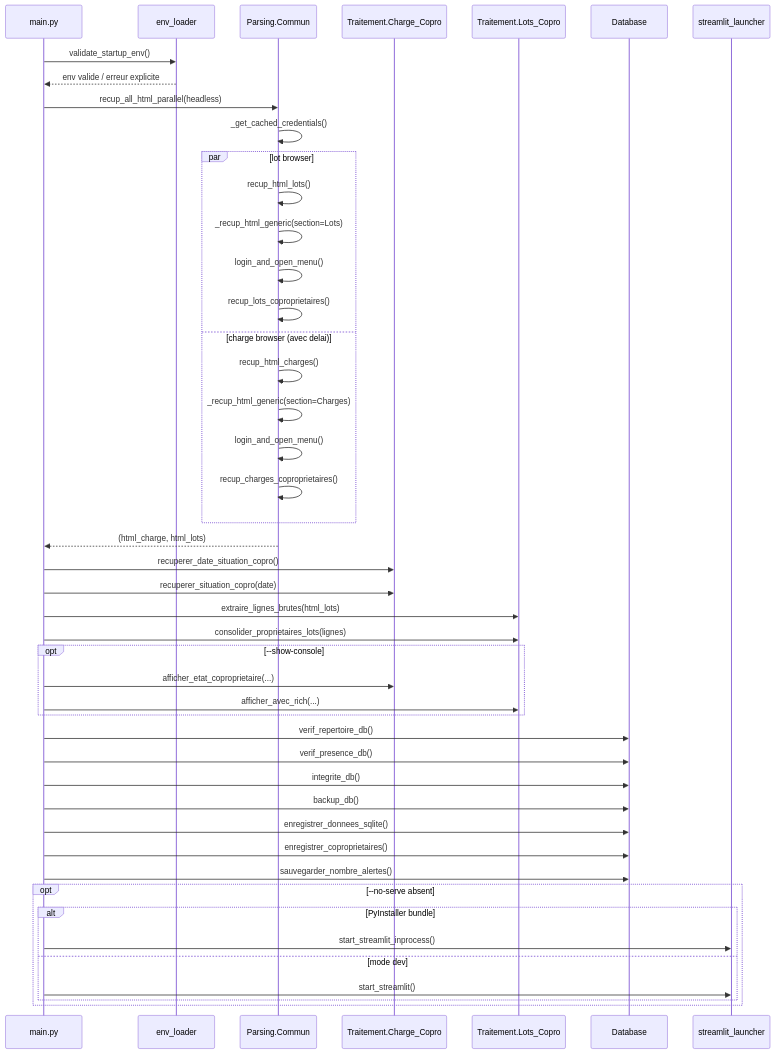
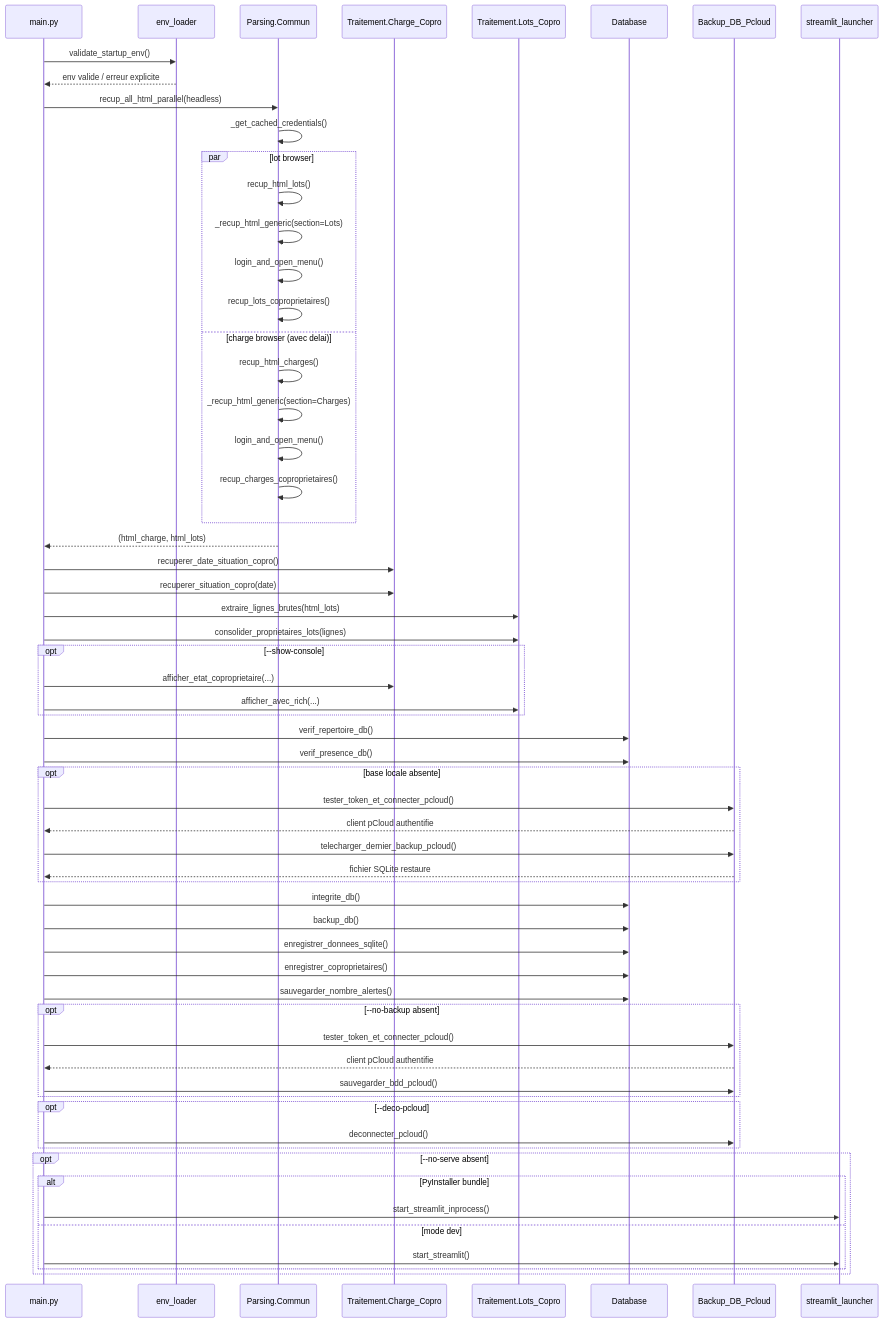
Before and after one commit to therealcorwin/CPTCOPRO: the second of 3 diagrams in reports/call_graph.md, drawn with Mermaid. The commit also changed other lines of this file and 9 other files, not shown here.

Commit message:
feat: Enhance pCloud integration with backup and restore functionality, update README and call graph documentation

````diff
--- a/reports/call_graph.md
+++ b/reports/call_graph.md
@@ -90,56 +128,73 @@
 ```mermaid
 sequenceDiagram
     participant M as main.py
     participant E as env_loader
     participant P as Parsing.Commun
     participant TC as Traitement.Charge_Copro
     participant TL as Traitement.Lots_Copro
     participant DB as Database
+    participant PC as Backup_DB_Pcloud
     participant SL as streamlit_launcher
 
     M->>E: validate_startup_env()
     E-->>M: env valide / erreur explicite
 
     M->>P: recup_all_html_parallel(headless)
     P->>P: _get_cached_credentials()
 
     par lot browser
         P->>P: recup_html_lots()
         P->>P: _recup_html_generic(section=Lots)
         P->>P: login_and_open_menu()
         P->>P: recup_lots_coproprietaires()
     and charge browser (avec delai)
         P->>P: recup_html_charges()
         P->>P: _recup_html_generic(section=Charges)
         P->>P: login_and_open_menu()
         P->>P: recup_charges_coproprietaires()
     end
 
     P-->>M: (html_charge, html_lots)
 
     M->>TC: recuperer_date_situation_copro()
     M->>TC: recuperer_situation_copro(date)
     M->>TL: extraire_lignes_brutes(html_lots)
     M->>TL: consolider_proprietaires_lots(lignes)
 
     opt --show-console
         M->>TC: afficher_etat_coproprietaire(...)
         M->>TL: afficher_avec_rich(...)
     end
 
     M->>DB: verif_repertoire_db()
     M->>DB: verif_presence_db()
+    opt base locale absente
+        M->>PC: tester_token_et_connecter_pcloud()
+        PC-->>M: client pCloud authentifie
+        M->>PC: telecharger_dernier_backup_pcloud()
+        PC-->>M: fichier SQLite restaure
+    end
     M->>DB: integrite_db()
     M->>DB: backup_db()
     M->>DB: enregistrer_donnees_sqlite()
     M->>DB: enregistrer_coproprietaires()
     M->>DB: sauvegarder_nombre_alertes()
+
+    opt --no-backup absent
+        M->>PC: tester_token_et_connecter_pcloud()
+        PC-->>M: client pCloud authentifie
+        M->>PC: sauvegarder_bdd_pcloud()
+    end
+
+    opt --deco-pcloud
+        M->>PC: deconnecter_pcloud()
+    end
 
     opt --no-serve absent
         alt PyInstaller bundle
             M->>SL: start_streamlit_inprocess()
         else mode dev
             M->>SL: start_streamlit()
         end
     end
 ```
````
